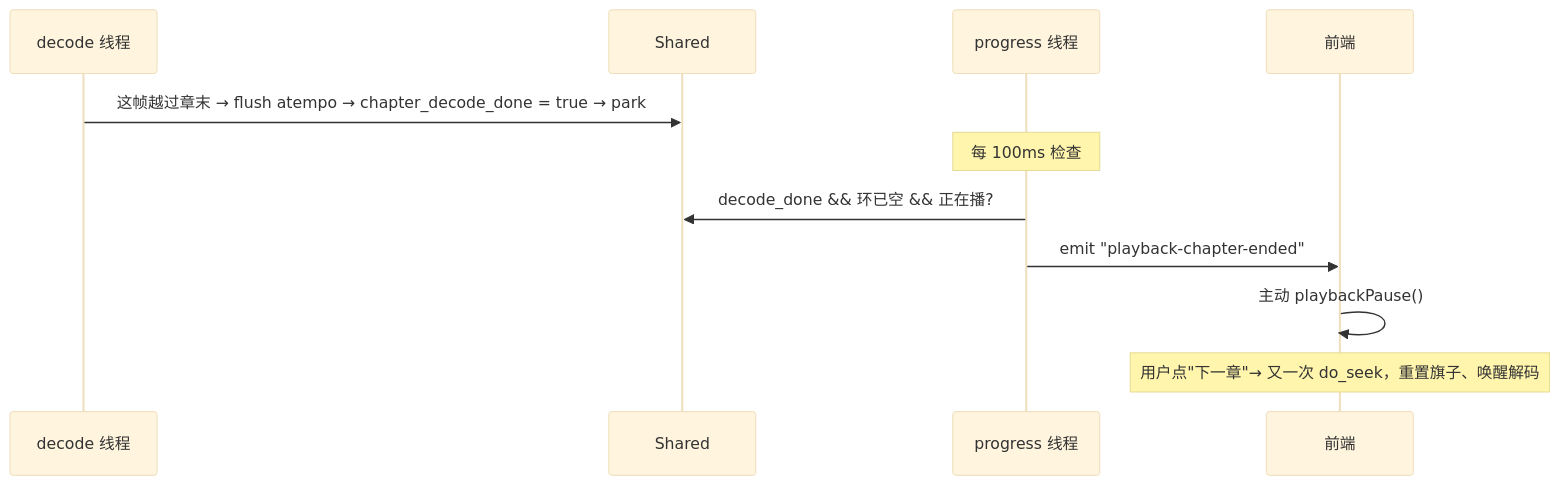
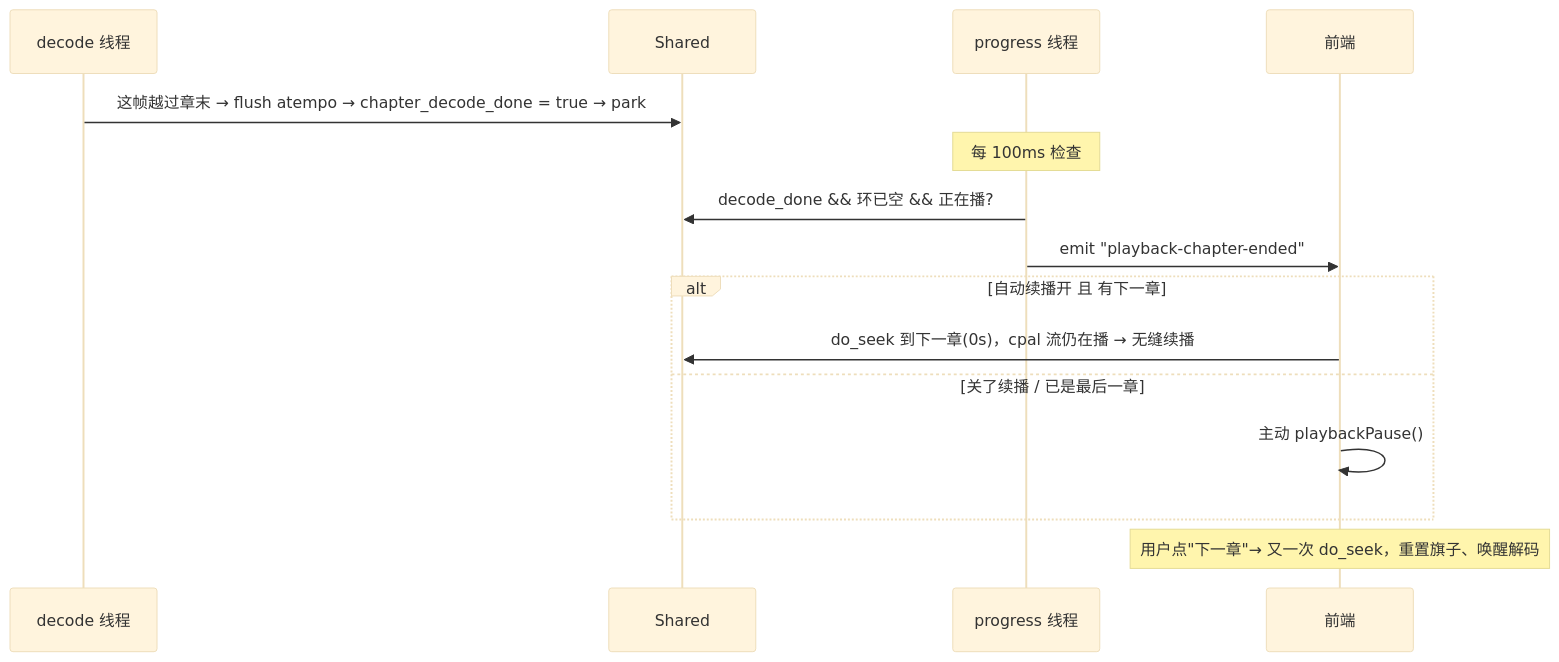
One commit to techfs2026/OwlListen changed the fifth of 6 diagrams in docs/audiobook-architecture.md. Above: the diagram before and after it, drawn with Mermaid (base theme). The commit also changed other lines of this file and 15 other files, not shown here.

````diff
--- a/docs/audiobook-architecture.md
+++ b/docs/audiobook-architecture.md
@@ -227,14 +228,18 @@
 ```mermaid
 sequenceDiagram
   participant DEC as decode 线程
   participant SH as Shared
   participant PR as progress 线程
   participant FE as 前端
 
   DEC->>SH: 这帧越过章末 → flush atempo → chapter_decode_done = true → park
   Note over PR: 每 100ms 检查
   PR->>SH: decode_done && 环已空 && 正在播?
   PR->>FE: emit "playback-chapter-ended"
-  FE->>FE: 主动 playbackPause()
+  alt 自动续播开 且 有下一章
+    FE->>SH: do_seek 到下一章(0s)，cpal 流仍在播 → 无缝续播
+  else 关了续播 / 已是最后一章
+    FE->>FE: 主动 playbackPause()
+  end
   Note over FE: 用户点"下一章"→ 又一次 do_seek，重置旗子、唤醒解码
 ```
````
